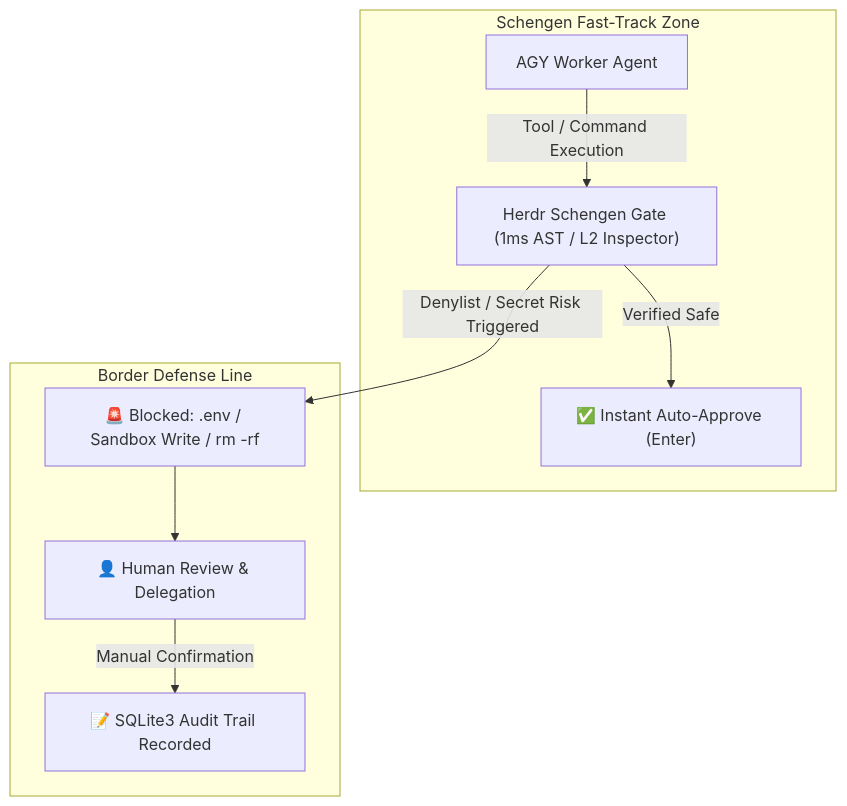
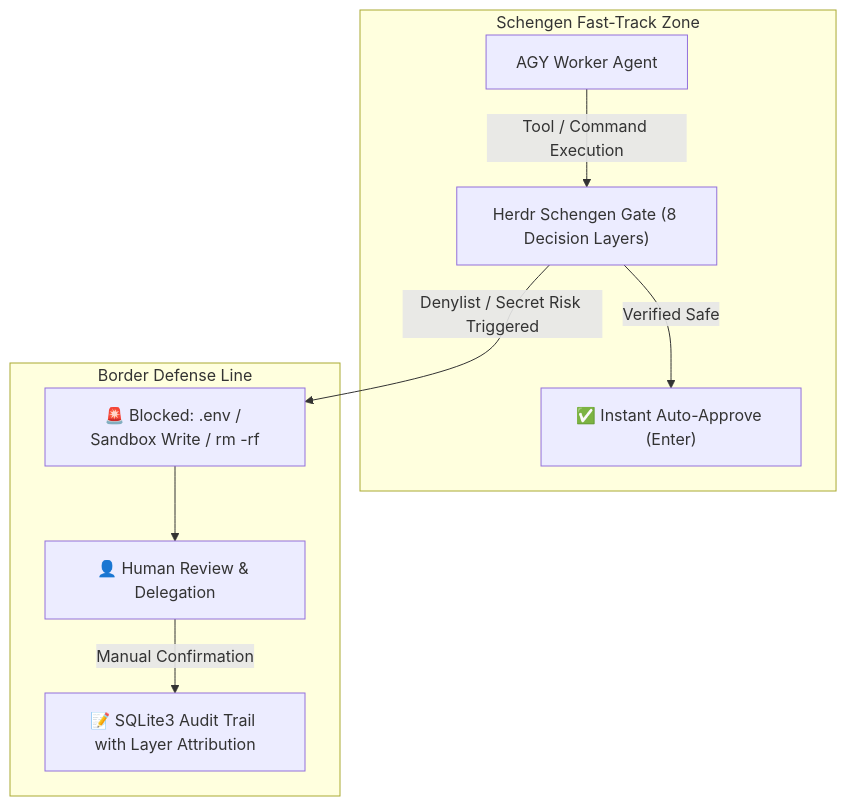
The diagram in SKILL.md (Salada/herdr-schengen), drawn with Mermaid before and after one commit. The commit also changed other lines of this file and 7 other files, not shown here.

First line of the commit message:
feat(cli): introduce schengen_history CLI, 8-layer decision attribution, and Managed Git SCM guard

````diff
--- a/SKILL.md
+++ b/SKILL.md
@@ -57,13 +75,13 @@
 ```mermaid
 flowchart TD
     subgraph Schengen_Zone ["Schengen Fast-Track Zone"]
-        A["AGY Worker Agent"] -->|Tool / Command Execution| B["Herdr Schengen Gate (1ms AST / L2 Inspector)"]
+        A["AGY Worker Agent"] -->|Tool / Command Execution| B["Herdr Schengen Gate (8 Decision Layers)"]
         B -->|Verified Safe| C["✅ Instant Auto-Approve (Enter)"]
     end
 
     subgraph Border_Control ["Border Defense Line"]
         B -->|Denylist / Secret Risk Triggered| D["🚨 Blocked: .env / Sandbox Write / rm -rf"]
         D --> E["👤 Human Review & Delegation"]
-        E -->|Manual Confirmation| F["📝 SQLite3 Audit Trail Recorded"]
+        E -->|Manual Confirmation| F["📝 SQLite3 Audit Trail with Layer Attribution"]
     end
 ```
````
